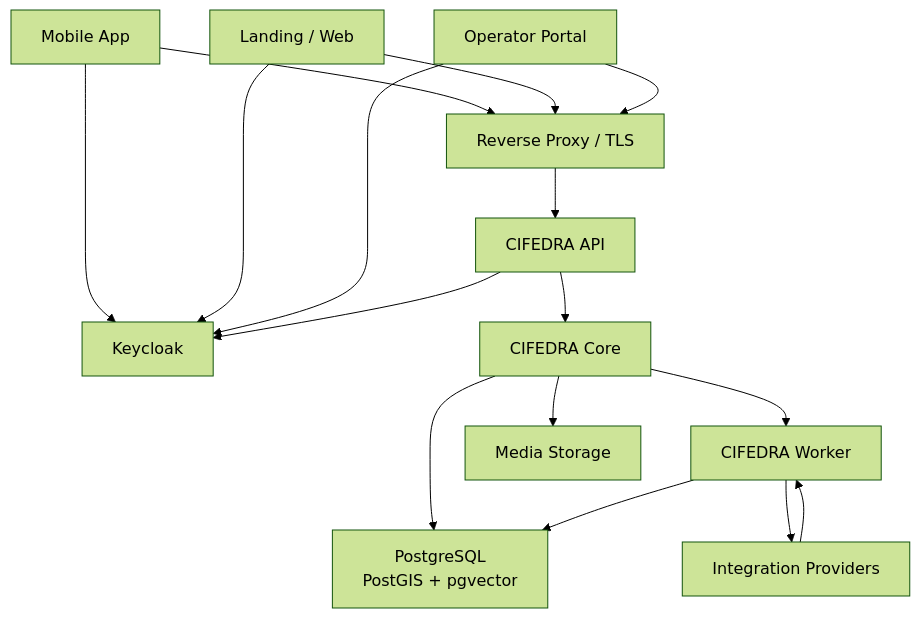
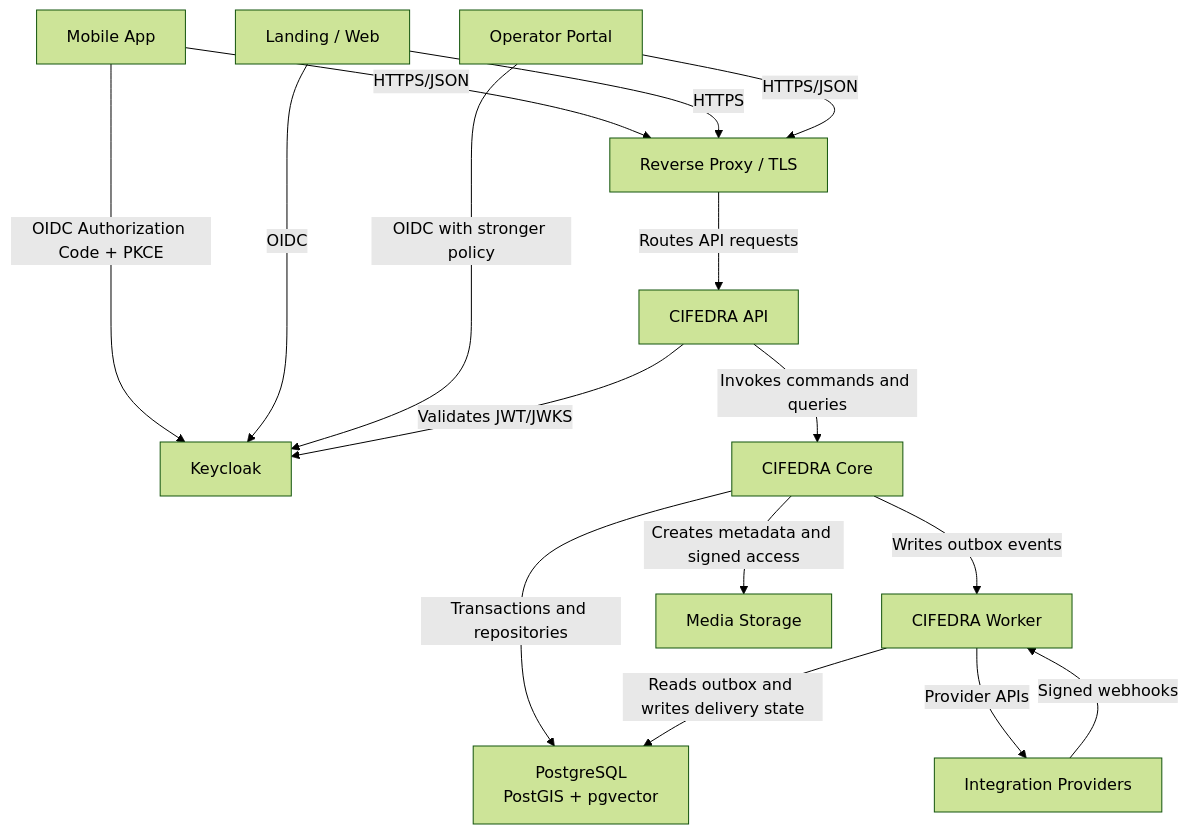
Before and after one commit to DIGITALATOM1/CIFEDRA: the second of 10 diagrams in knowledge/system/cifedra-hld.md, drawn with Mermaid (forest theme). The commit also changed other lines of this file, not shown here.

Commit message:
Expand HLD with C4 architecture views

````diff
--- a/knowledge/system/cifedra-hld.md
+++ b/knowledge/system/cifedra-hld.md
@@ -140,30 +326,30 @@
 ```mermaid
 flowchart TB
   Mobile["Mobile App"]
   Web["Landing / Web"]
   Ops["Operator Portal"]
   Proxy["Reverse Proxy / TLS"]
   Keycloak["Keycloak"]
   API["CIFEDRA API"]
   Core["CIFEDRA Core"]
   Worker["CIFEDRA Worker"]
   DB["PostgreSQL<br/>PostGIS + pgvector"]
   Media["Media Storage"]
   Providers["Integration Providers"]
 
-  Mobile --> Keycloak
-  Web --> Keycloak
-  Ops --> Keycloak
-  Mobile --> Proxy
-  Web --> Proxy
-  Ops --> Proxy
-  Proxy --> API
-  API --> Keycloak
-  API --> Core
-  Core --> DB
-  Core --> Media
-  Core --> Worker
-  Worker --> DB
-  Worker --> Providers
-  Providers --> Worker
+  Mobile -->|"OIDC Authorization Code + PKCE"| Keycloak
+  Web -->|"OIDC"| Keycloak
+  Ops -->|"OIDC with stronger policy"| Keycloak
+  Mobile -->|"HTTPS/JSON"| Proxy
+  Web -->|"HTTPS"| Proxy
+  Ops -->|"HTTPS/JSON"| Proxy
+  Proxy -->|"Routes API requests"| API
+  API -->|"Validates JWT/JWKS"| Keycloak
+  API -->|"Invokes commands and queries"| Core
+  Core -->|"Transactions and repositories"| DB
+  Core -->|"Creates metadata and signed access"| Media
+  Core -->|"Writes outbox events"| Worker
+  Worker -->|"Reads outbox and writes delivery state"| DB
+  Worker -->|"Provider APIs"| Providers
+  Providers -->|"Signed webhooks"| Worker
 ```
````
